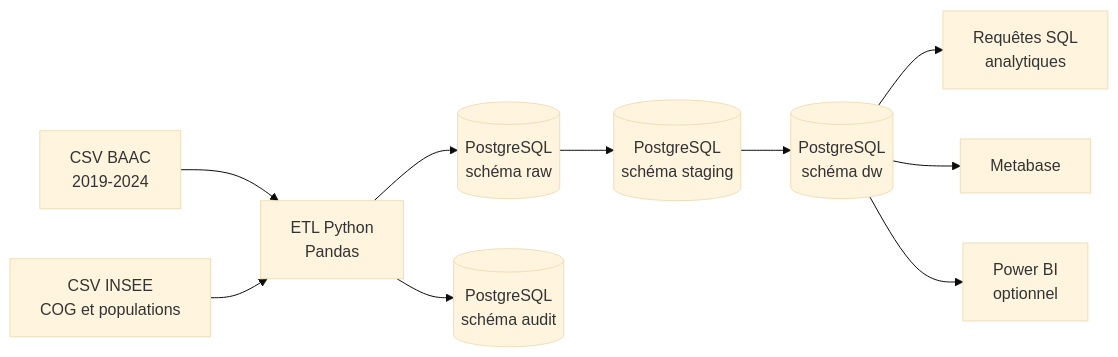
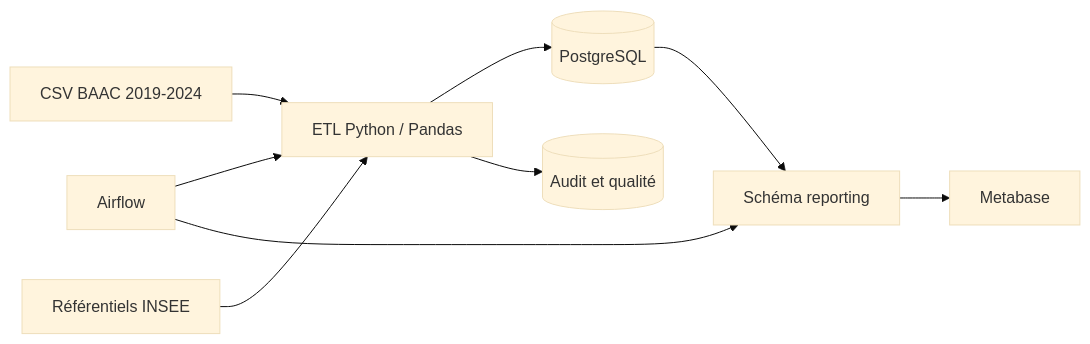
Before and after one commit to kagibru/Baac-Datawarehouse: the diagram in docs/02_architecture.md, drawn with Mermaid (base theme). The commit also changed other lines of this file and 2 other files, not shown here.

````diff
--- a/docs/02_architecture.md
+++ b/docs/02_architecture.md
@@ -13,23 +14,20 @@
 ```mermaid
 flowchart LR
-    BAAC[CSV BAAC<br/>2019-2024]
-    INSEE[CSV INSEE<br/>COG et populations]
-    ETL[ETL Python<br/>Pandas]
-    RAW[(PostgreSQL<br/>schéma raw)]
-    STG[(PostgreSQL<br/>schéma staging)]
-    DW[(PostgreSQL<br/>schéma dw)]
-    AUDIT[(PostgreSQL<br/>schéma audit)]
-    SQL[Requêtes SQL<br/>analytiques]
+    BAAC[CSV BAAC 2019-2024]
+    INSEE[Référentiels INSEE]
+    AF[Airflow]
+    ETL[ETL Python / Pandas]
+    DW[(PostgreSQL)]
+    AUDIT[(Audit et qualité)]
+    REPORT[Schéma reporting]
     MB[Metabase]
-    PBI[Power BI<br/>optionnel]
 
+    AF --> ETL
     BAAC --> ETL
     INSEE --> ETL
-    ETL --> RAW
-    RAW --> STG
-    STG --> DW
+    ETL --> DW
     ETL --> AUDIT
-    DW --> SQL
-    DW --> MB
-    DW --> PBI
+    DW --> REPORT
+    AF --> REPORT
+    REPORT --> MB
 ```
````
